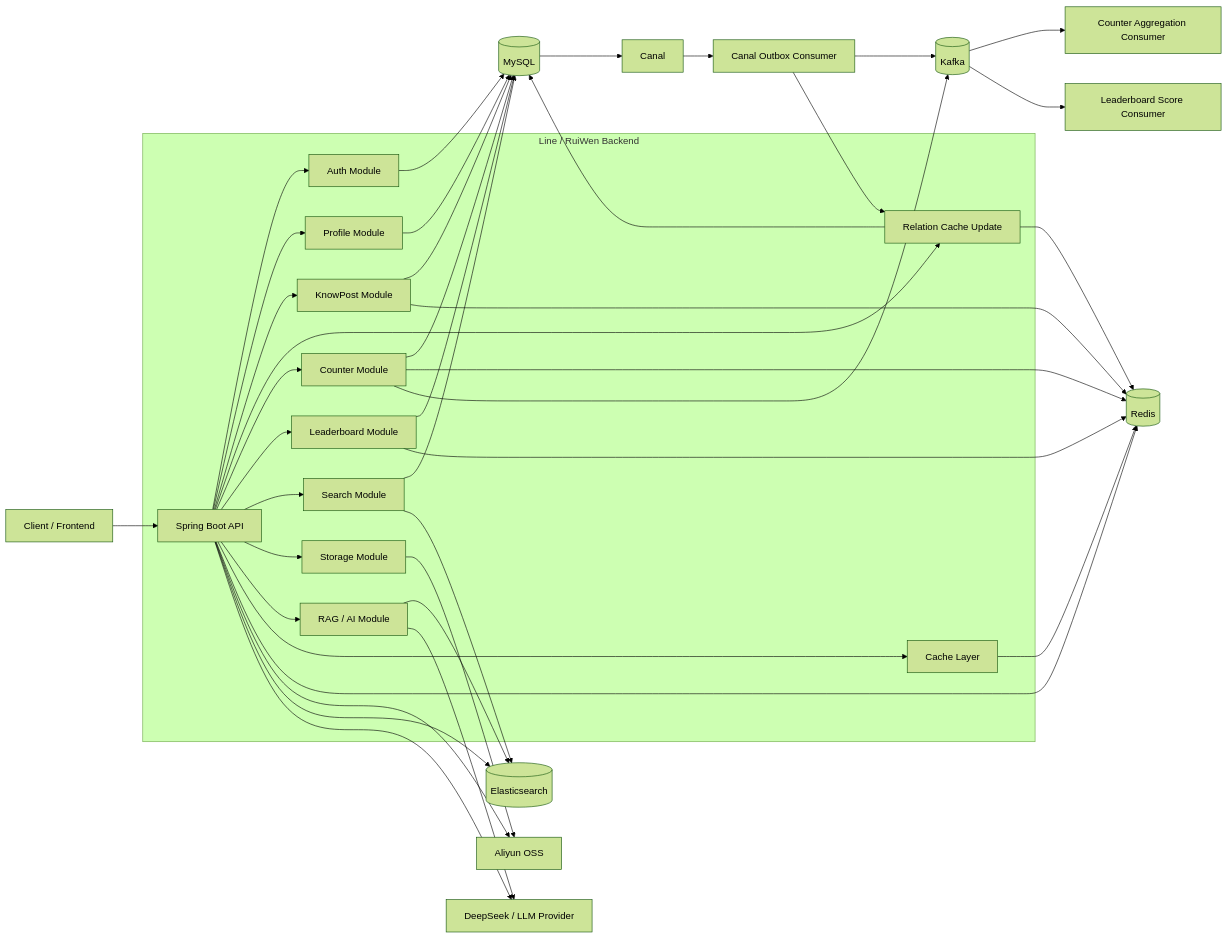
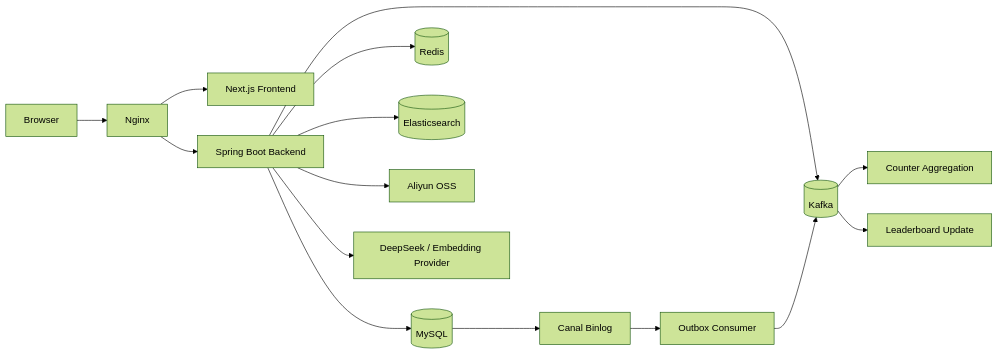
Before and after one commit to tdog54646/RuiWen: the diagram in README.md, drawn with Mermaid (forest theme). The commit also changed other lines of this file and 4 other files, not shown here.

````diff
--- a/README.md
+++ b/README.md
@@ -47,51 +64,19 @@
 ```mermaid
 flowchart LR
-  Client[Client / Frontend] --> API[Spring Boot API]
+  Browser[Browser] --> Nginx[Nginx]
+  Nginx --> Frontend[Next.js Frontend]
+  Nginx --> Backend[Spring Boot Backend]
 
-  subgraph App[Line / RuiWen Backend]
-    API --> Auth[Auth Module]
-    API --> Profile[Profile Module]
-    API --> KnowPost[KnowPost Module]
-    API --> Relation[Relation Module]
-    API --> Counter[Counter Module]
-    API --> Leaderboard[Leaderboard Module]
-    API --> Search[Search Module]
-    API --> Storage[Storage Module]
-    API --> LLM[RAG / AI Module]
-    API --> Cache[Cache Layer]
-  end
+  Backend --> MySQL[(MySQL)]
+  Backend --> Redis[(Redis)]
+  Backend --> Kafka[(Kafka)]
+  Backend --> ES[(Elasticsearch)]
+  Backend --> OSS[Aliyun OSS]
+  Backend --> LLM[DeepSeek / Embedding Provider]
 
-  Auth --> MySQL[(MySQL)]
-  Profile --> MySQL
-  KnowPost --> MySQL
-  Relation --> MySQL
-  Counter --> MySQL
-  Leaderboard --> MySQL
-  Search --> MySQL
-
-  API --> Redis[(Redis)]
-  Cache --> Redis
-  Relation --> Redis
-  KnowPost --> Redis
-  Leaderboard --> Redis
-  Counter --> Redis
-
-  API --> OSS[Aliyun OSS]
-  Storage --> OSS
-
-  API --> ES[(Elasticsearch)]
-  Search --> ES
-  LLM --> ES
-
-  API --> DeepSeek[DeepSeek / LLM Provider]
-  LLM --> DeepSeek
-
-  Counter --> Kafka[(Kafka)]
-  Kafka --> CounterConsumer[Counter Aggregation Consumer]
-  Kafka --> LeaderboardConsumer[Leaderboard Score Consumer]
-
-  MySQL --> Canal[Canal]
-  Canal --> OutboxConsumer[Canal Outbox Consumer]
-  OutboxConsumer --> Kafka
-  OutboxConsumer --> Relation[Relation Cache Update]
+  MySQL --> Canal[Canal Binlog]
+  Canal --> Outbox[Outbox Consumer]
+  Outbox --> Kafka
+  Kafka --> Counter[Counter Aggregation]
+  Kafka --> Leaderboard[Leaderboard Update]
 ```
````
